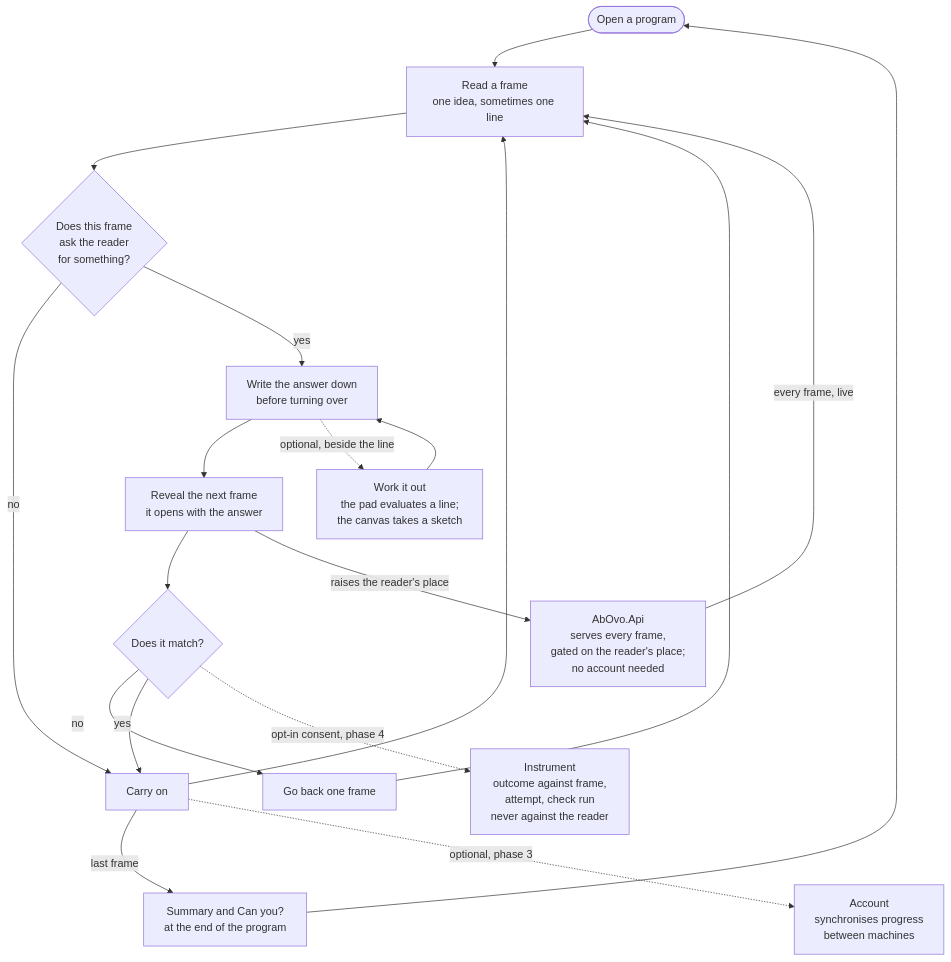
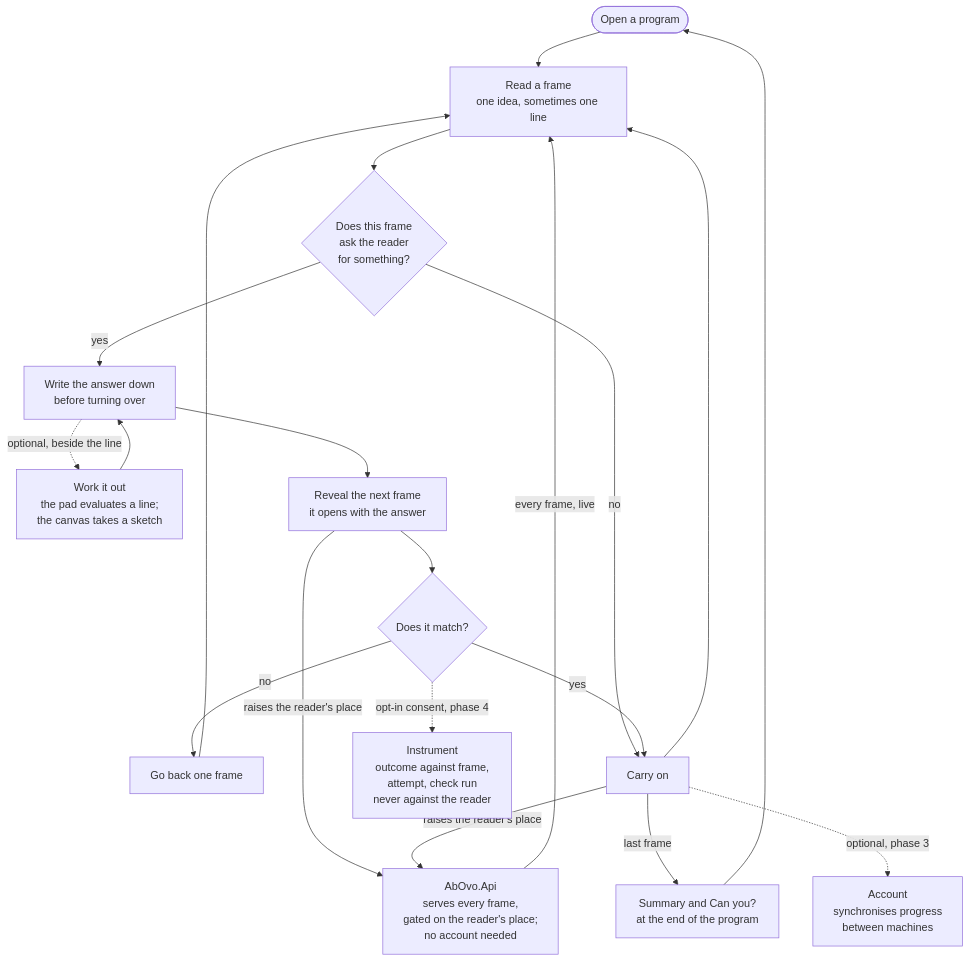
The diagram in docs/diagrams/b1-reader-loop.mmd (konradcinkusz/ab-ove), drawn with Mermaid before and after one commit. The commit also changed 12 other files, not shown here.

```diff
--- a/docs/diagrams/b1-reader-loop.mmd
+++ b/docs/diagrams/b1-reader-loop.mmd
@@ -1,67 +1,69 @@
 %% The ab-ovo reader loop.
 %% ONE DIAGRAM PER FILE. ASCII ONLY. See ab-ovo-system.mmd for why no comment line here is
 %% a bare %% marker.
 
 %% EVERY BOX IN THIS DIAGRAM RUNS WITH NO ACCOUNT, AND EVERY FRAME COMES FROM THE API. Those
 %% are two requirements, and this file used to draw them as one. ADR-0060 kept the first and
 %% reversed the second: every frame and every reveal is a live, gated call to AbOvo.Api,
 %% which serves the book's compiled bundle (ADR-0038) one step at a time and raises the
-%% reader's place when they reveal. An anonymous reader's place is held under an opaque
-%% cookie, not a token (ADR-0061), and what the reader writes on a frame still stays in
-%% their browser (ADR-0039).
+%% reader's place whenever they move forward: the reveal on a frame that asks and Next on
+%% one that does not are the same POST (web/app/src/lib/actions/reveal.ts), so both edges
+%% into the API are drawn. An anonymous reader's place is held under an opaque cookie, not
+%% a token (ADR-0061), and what the reader writes on a frame still stays in their browser
+%% (ADR-0039).
 
 %% THE API IS DRAWN SOLID BECAUSE IT IS NOT OPTIONAL. Content is the one integration this
 %% product does not degrade around (P8 does not reach it): with the API down no frame is
 %% served, and the reader is told so rather than shown a frame from anywhere else.
 
 %% THE WORK BRANCH USED TO BE PYTHON AND IS NOT ANY MORE (ADR-0040). It asked a reader of a
 %% mathematics book to write code, reached one program of forty-seven, and cost 6.4 MB and
 %% two seconds of boot on every visit. What replaced it is a worksheet: a line to answer on,
 %% a pad that evaluates arithmetic (ADR-0042) and a canvas (ADR-0043). None of them is a
 %% language, all three are optional, and none of them needs the API.
 
 %% The two dotted edges leaving the loop are optional, and neither is on the path: an
 %% account synchronises progress between machines and buys nothing else, and an outcome is
 %% contributed only if the reader opted in. Both can be absent and the loop is unchanged.
 
 %% WHAT IS NOT DRAWN, deliberately: no grading step. The next frame opens with the answer
 %% and the reader compares. The machine may say "matches the book" where the book's whole
 %% answer is one number, which is 85 frames of 1036, and it never says anything else --
 %% never "wrong" (ADR-0039). Nothing scores the comparison and no language model is called
 %% (ADR-0010). The comparison IS the teaching.
 
 flowchart TD
   START(["Open a program"])
   READ["Read a frame<br/>one idea, sometimes one line"]
   ASKS{"Does this frame<br/>ask the reader<br/>for something?"}
   WORK["Work it out<br/>the pad evaluates a line;<br/>the canvas takes a sketch"]
   COMMIT["Write the answer down<br/>before turning over"]
   REVEAL["Reveal the next frame<br/>it opens with the answer"]
   COMPARE{"Does it match?"}
   BACK["Go back one frame"]
   NEXT["Carry on"]
   SUMMARY["Summary and Can you?<br/>at the end of the program"]
   API["AbOvo.Api<br/>serves every frame,<br/>gated on the reader's place;<br/>no account needed"]
   SYNC["Account<br/>synchronises progress<br/>between machines"]
   INST["Instrument<br/>outcome against frame,<br/>attempt, check run<br/>never against the reader"]
 
   START --> READ
   READ --> ASKS
   ASKS -->|"no"| NEXT
   ASKS -->|"yes"| COMMIT
   COMMIT --> REVEAL
   WORK --> COMMIT
   COMMIT -.->|"optional, beside the line"| WORK
   REVEAL --> COMPARE
   COMPARE -->|"no"| BACK
   BACK --> READ
   COMPARE -->|"yes"| NEXT
   NEXT --> READ
   NEXT -->|"last frame"| SUMMARY
   SUMMARY --> START
 
   API -->|"every frame, live"| READ
-  REVEAL -->|"raises the reader's place"| API
+  REVEAL & NEXT -->|"raises the reader's place"| API
 
   NEXT -.->|"optional, phase 3"| SYNC
   COMPARE -.->|"opt-in consent, phase 4"| INST
```
